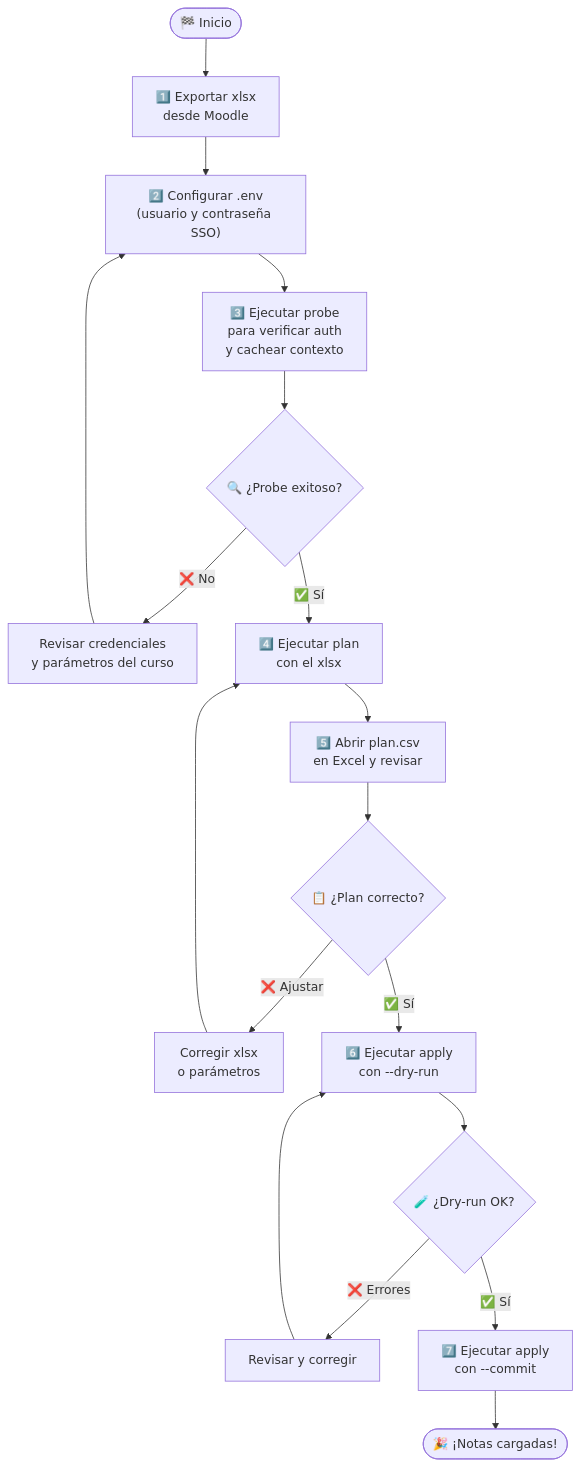
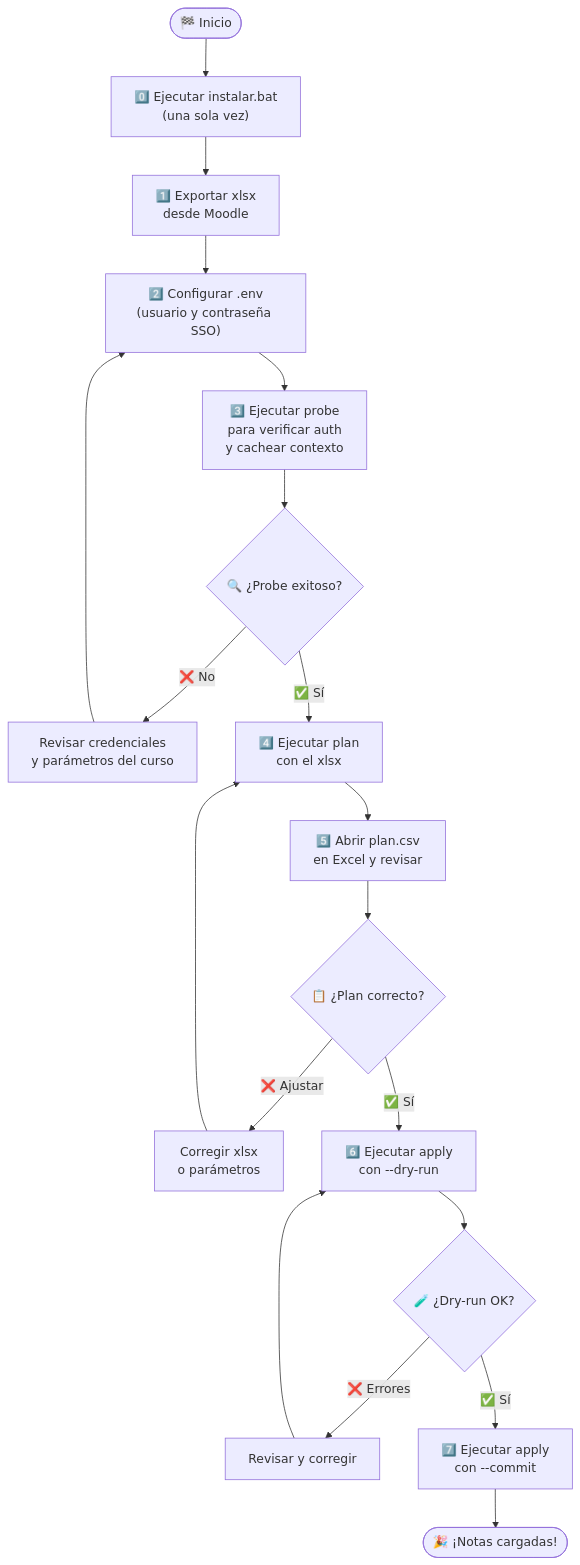
The fourth of 5 diagrams in README.md (chhdeza/grade-uploader), drawn with Mermaid before and after one commit. The commit also changed other lines of this file and 2 other files, not shown here.

````diff
--- a/README.md
+++ b/README.md
@@ -514,24 +546,25 @@
 ```mermaid
 flowchart TD
-    Start(["🏁 Inicio"]) --> Step1
+    Start(["🏁 Inicio"]) --> Step0
+    Step0["0️⃣ Ejecutar instalar.bat\n(una sola vez)"] --> Step1
     Step1["1️⃣ Exportar xlsx\ndesde Moodle"] --> Step2
     Step2["2️⃣ Configurar .env\n(usuario y contraseña SSO)"] --> Step3
     Step3["3️⃣ Ejecutar probe\npara verificar auth\ny cachear contexto"] --> Check1
     Check1{"🔍 ¿Probe exitoso?"}
     Check1 -- "❌ No" --> Fix1["Revisar credenciales\ny parámetros del curso"]
     Fix1 --> Step2
     Check1 -- "✅ Sí" --> Step4
     Step4["4️⃣ Ejecutar plan\ncon el xlsx"] --> Step5
     Step5["5️⃣ Abrir plan.csv\nen Excel y revisar"] --> Check2
     Check2{"📋 ¿Plan correcto?"}
     Check2 -- "❌ Ajustar" --> Step4b["Corregir xlsx\no parámetros"]
     Step4b --> Step4
     Check2 -- "✅ Sí" --> Step6
     Step6["6️⃣ Ejecutar apply\ncon --dry-run"] --> Check3
     Check3{"🧪 ¿Dry-run OK?"}
     Check3 -- "❌ Errores" --> Fix2["Revisar y corregir"]
     Fix2 --> Step6
     Check3 -- "✅ Sí" --> Step7
     Step7["7️⃣ Ejecutar apply\ncon --commit"] --> Done
     Done(["🎉 ¡Notas cargadas!"])
 ```
````
